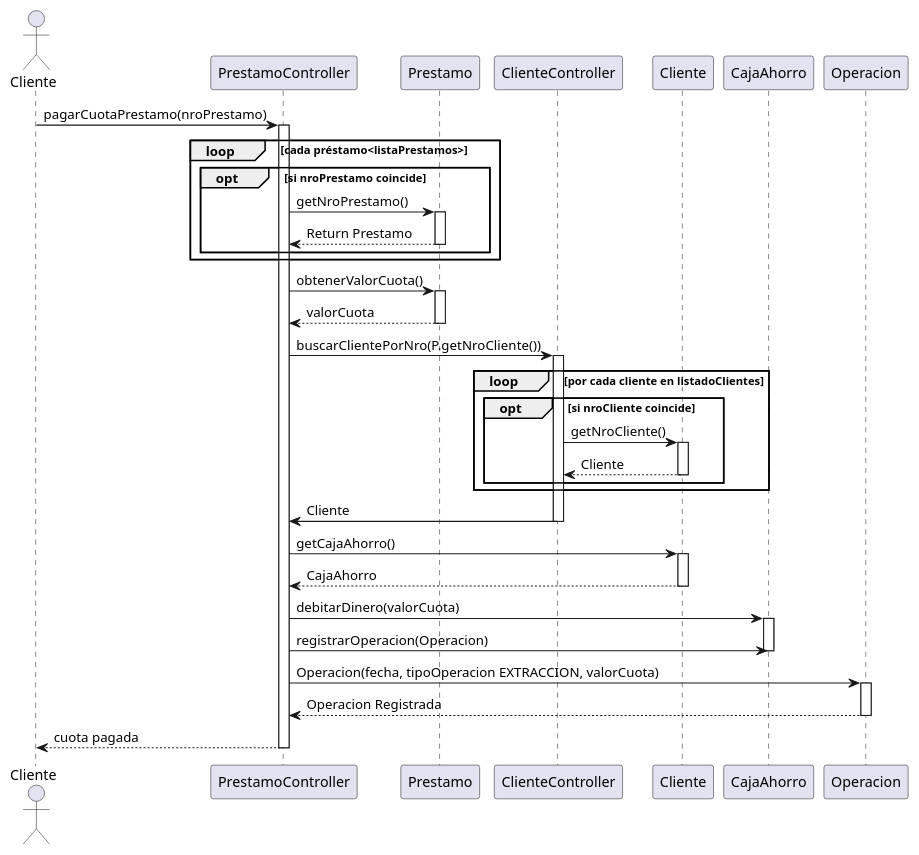
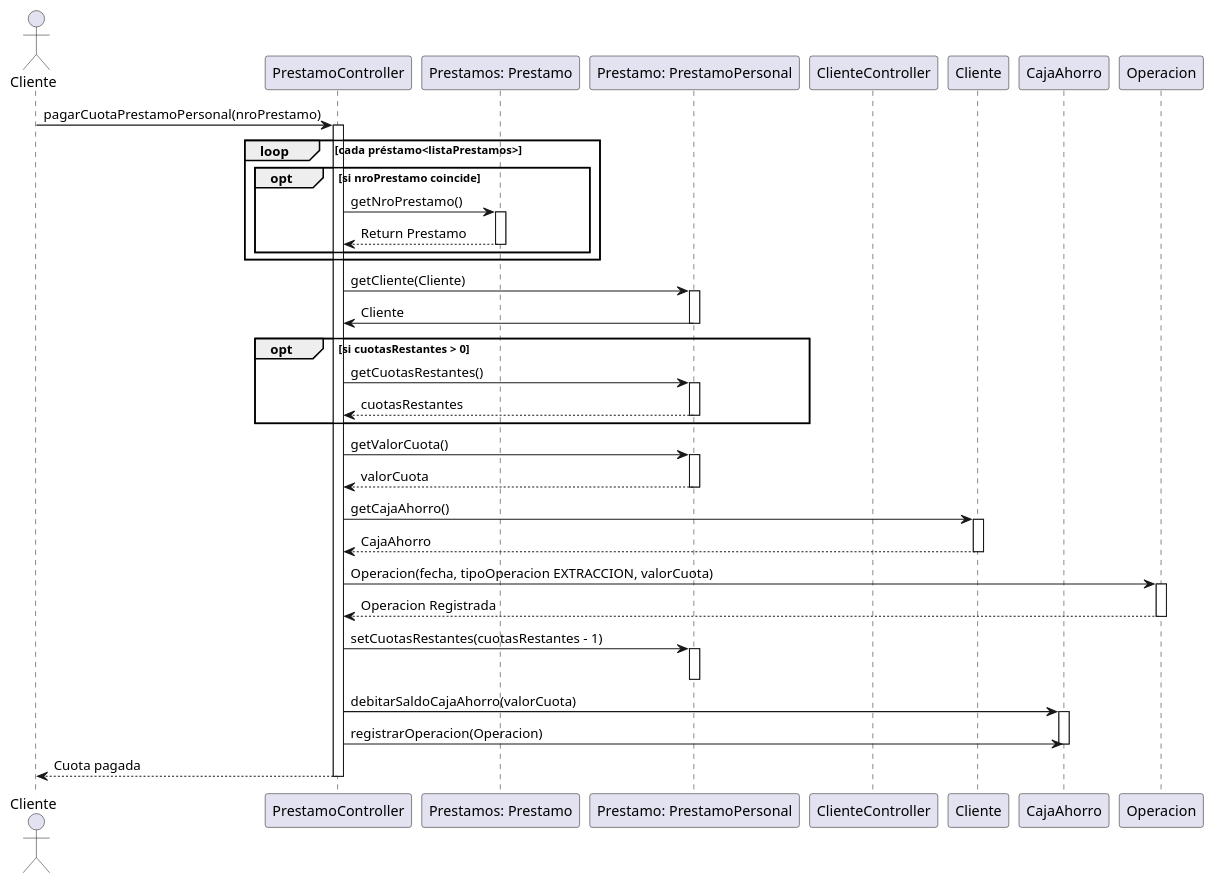
Before and after one commit to CoachEmilio/FinalAdelantadoPOO: the diagram in src/main/java/org/uade/diagrams/RegistroPagoCuotaMensual.puml, drawn with PlantUML. The commit also changed 2 other files, not shown here.

Commit message:
Sequence Diagrams Updated - Exams day

```diff
--- a/src/main/java/org/uade/diagrams/RegistroPagoCuotaMensual.puml
+++ b/src/main/java/org/uade/diagrams/RegistroPagoCuotaMensual.puml
@@ -1,68 +1,77 @@
 @startuml
 actor Cliente
 participant "PrestamoController" as PC
-participant "Prestamo" as P
+participant "Prestamos: Prestamo" as P
+participant "Prestamo: PrestamoPersonal" as PP
 participant "ClienteController" as CC
 participant "Cliente" as C
 participant "CajaAhorro" as CA
 participant "Operacion" as O
 
-Cliente -> PC: pagarCuotaPrestamo(nroPrestamo)
+Cliente -> PC: pagarCuotaPrestamoPersonal(nroPrestamo)
 activate PC
 
 ' Buscar préstamo (loop y opt)
 loop cada préstamo<listaPrestamos>
 
 
     opt si nroPrestamo coincide
         PC -> P: getNroPrestamo()
         activate P
         PC <-- P: Return Prestamo
         deactivate P
     end
 end
+PC -> PP: getCliente(Cliente)
+activate PP
+PP -> PC: Cliente
+deactivate PP
+
+'getCuotasRestantes
+opt si cuotasRestantes > 0
+    PC -> PP: getCuotasRestantes()
+    activate PP
+    PP --> PC: cuotasRestantes
+    deactivate PP
+end
 
 ' Obtener valor de la cuota
-PC -> P: obtenerValorCuota()
-activate P
-PC <-- P: valorCuota
-deactivate P
+PC -> PP: getValorCuota()
+activate PP
+PC <-- PP: valorCuota
+deactivate PP
+' Obtener cliente
 
-' Buscar cliente solicitante
-PC -> CC: buscarClientePorNro(P.getNroCliente())
-activate CC
-' Buscar cliente (loop y opt)
-loop por cada cliente en listadoClientes
-
-    opt si nroCliente coincide
-        CC -> C: getNroCliente()
-        activate C
-        CC <-- C: Cliente
-        deactivate C
-    end
-end
-CC -> PC: Cliente
-deactivate CC
 
 ' Obtener caja de ahorro
 PC -> C: getCajaAhorro()
 activate C
 C --> PC: CajaAhorro
 deactivate C
 
+
+' Crear operación de pago de cuota
+PC -> O: Operacion(fecha, tipoOperacion EXTRACCION, valorCuota)
+activate O
+' Registrar operación
+O --> PC: Operacion Registrada
+deactivate O
+
+'setCuotasRestantes(getCuotasRestantes--)
+'importante porque se actualiza el nro de cuotas restantes
+'como es un set no devuelve nada
+
+PC -> PP: setCuotasRestantes(cuotasRestantes - 1)
+activate PP
+deactivate PP
+
 ' Debitar dinero
-PC -> CA: debitarDinero(valorCuota)
+PC -> CA: debitarSaldoCajaAhorro(valorCuota)
 activate CA
-
 ' Crear operación y registrar
 PC -> CA: registrarOperacion(Operacion)
 deactivate CA
 
-PC -> O: Operacion(fecha, tipoOperacion EXTRACCION, valorCuota)
-activate O
-O --> PC: Operacion Registrada
-deactivate O
-
-PC --> Cliente: cuota pagada
+PC --> Cliente: Cuota pagada
 deactivate PC
 @enduml
```
